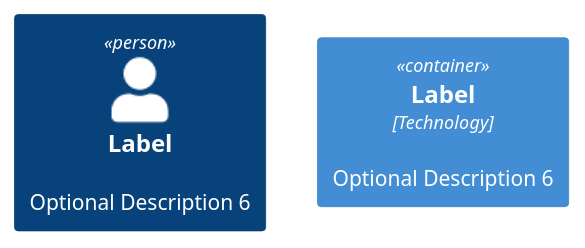
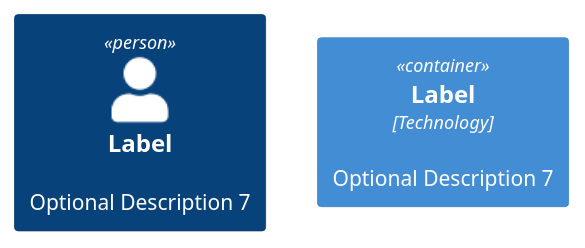
Before and after one commit to budgiedownunder/maze: the diagram in diagrams/maze.puml, drawn with PlantUML. The commit also changed 1 other file, not shown here.

Commit message:
Only process diagrams dir

```diff
--- a/diagrams/maze.puml
+++ b/diagrams/maze.puml
@@ -1,7 +1,7 @@
 @startuml
 
 !include https://raw.githubusercontent.com/plantuml-stdlib/C4-PlantUML/master/C4_Container.puml
 
-Person(personAlias, "Label", "Optional Description 6")
-Container(containerAlias, "Label", "Technology", "Optional Description 6")
+Person(personAlias, "Label", "Optional Description 7")
+Container(containerAlias, "Label", "Technology", "Optional Description 7")
 @enduml
```
